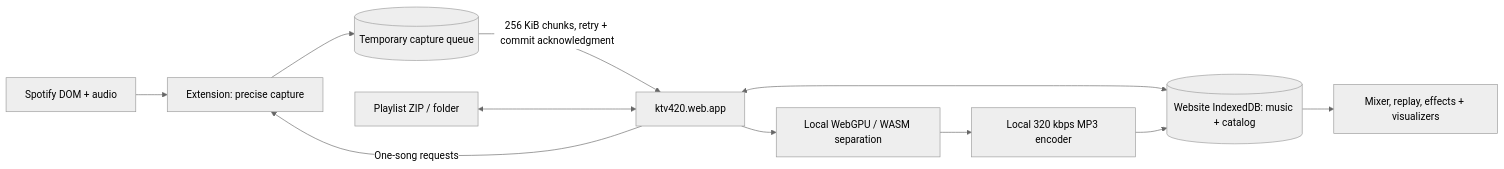
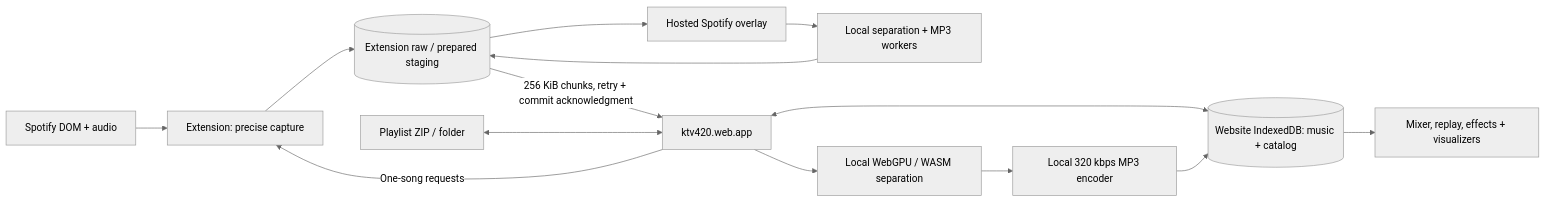
The diagram in docs/architecture.md (dcep93/ktv420), drawn with Mermaid (neutral theme) before and after one commit. The commit also changed other lines of this file and 23 other files, not shown here.

````diff
--- a/docs/architecture.md
+++ b/docs/architecture.md
@@ -5,13 +5,16 @@
 ```mermaid
 flowchart LR
   Spotify[Spotify DOM + audio] --> Capture[Extension: precise capture]
-  Capture --> Queue[(Temporary capture queue)]
+  Capture --> Queue[(Extension raw / prepared staging)]
+  Queue --> Overlay[Hosted Spotify overlay]
+  Overlay --> Processor[Local separation + MP3 workers]
+  Processor --> Queue
   Queue -->|256 KiB chunks, retry + commit acknowledgment| Website[ktv420.web.app]
   Website -->|One-song requests| Capture
   Files[Playlist ZIP / folder] <--> Website
   Website <--> Library[(Website IndexedDB: music + catalog)]
   Website --> Worker[Local WebGPU / WASM separation]
   Worker --> Encoder[Local 320 kbps MP3 encoder]
   Encoder --> Library
   Library --> Mixer[Mixer, replay, effects + visualizers]
 ```
````
